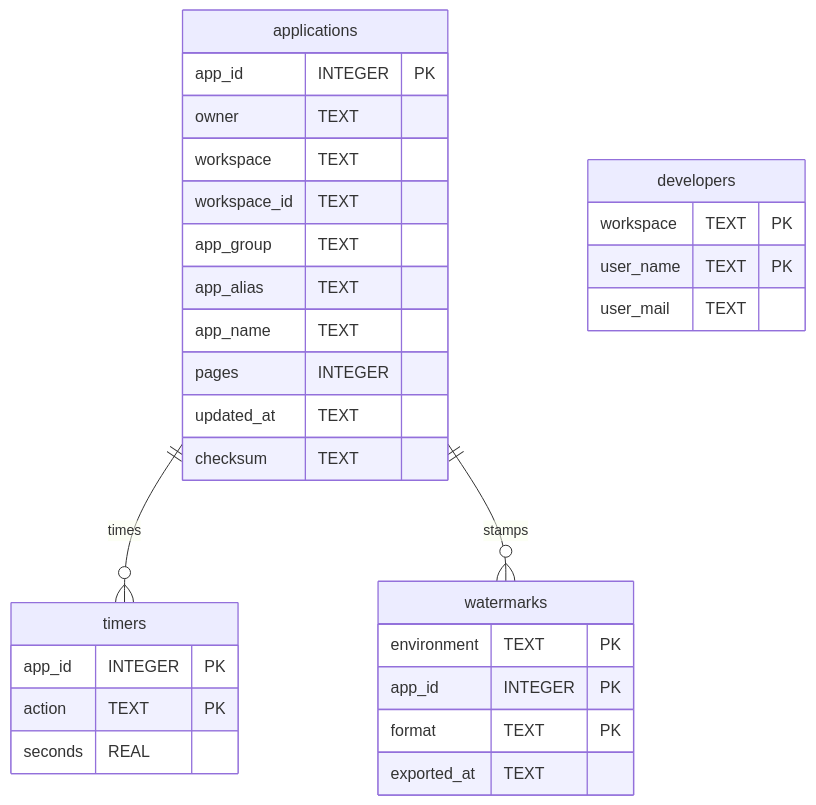
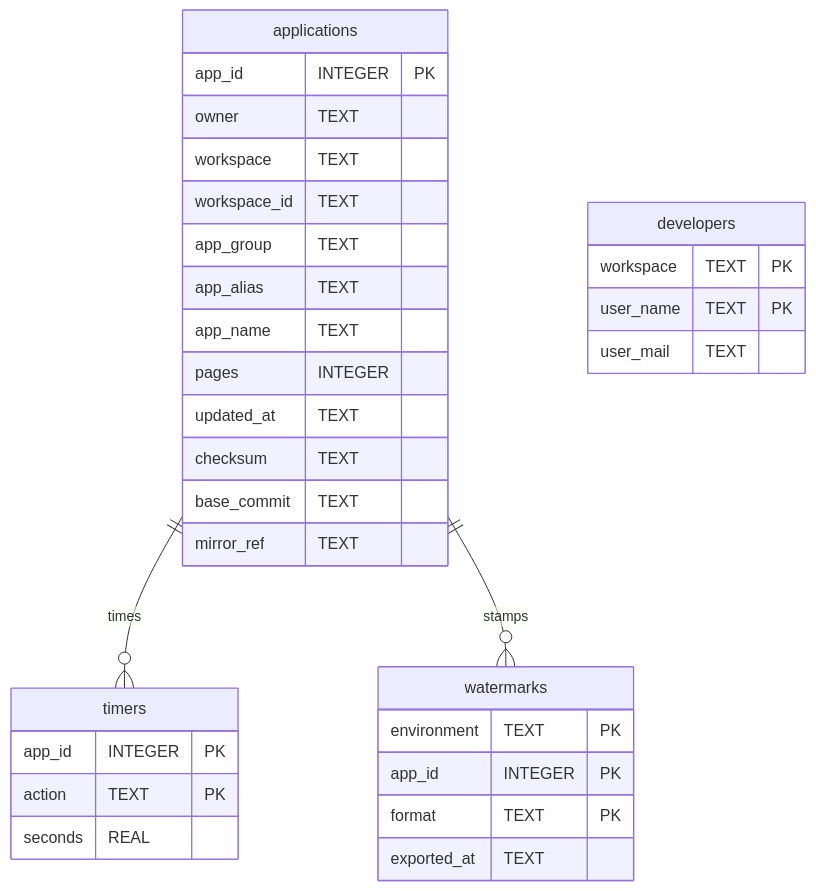
One commit to jkvetina/ADT.ai changed the diagram in docs/storage_apex.md. Above: the diagram before and after it, drawn with Mermaid. The commit also changed other lines of this file and 120 other files, not shown here.

````diff
--- a/docs/storage_apex.md
+++ b/docs/storage_apex.md
@@ -7,33 +9,35 @@
 ```mermaid
 erDiagram
     applications {
         app_id INTEGER PK
         owner TEXT
         workspace TEXT
         workspace_id TEXT
         app_group TEXT
         app_alias TEXT
         app_name TEXT
         pages INTEGER
         updated_at TEXT
         checksum TEXT
+        base_commit TEXT
+        mirror_ref TEXT
     }
     developers {
         workspace TEXT PK
         user_name TEXT PK
         user_mail TEXT
     }
     timers {
         app_id INTEGER PK
         action TEXT PK
         seconds REAL
     }
     watermarks {
         environment TEXT PK
         app_id INTEGER PK
         format TEXT PK
         exported_at TEXT
     }
     applications ||--o{ timers : times
     applications ||--o{ watermarks : stamps
 ```
````
